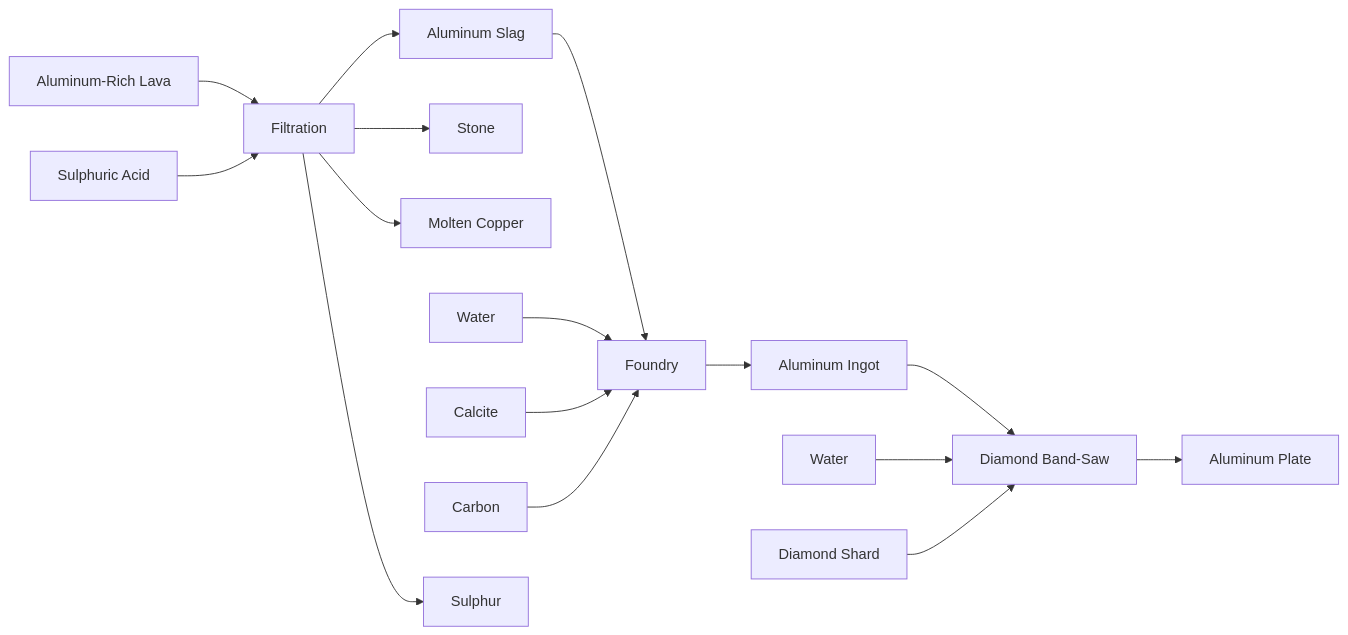
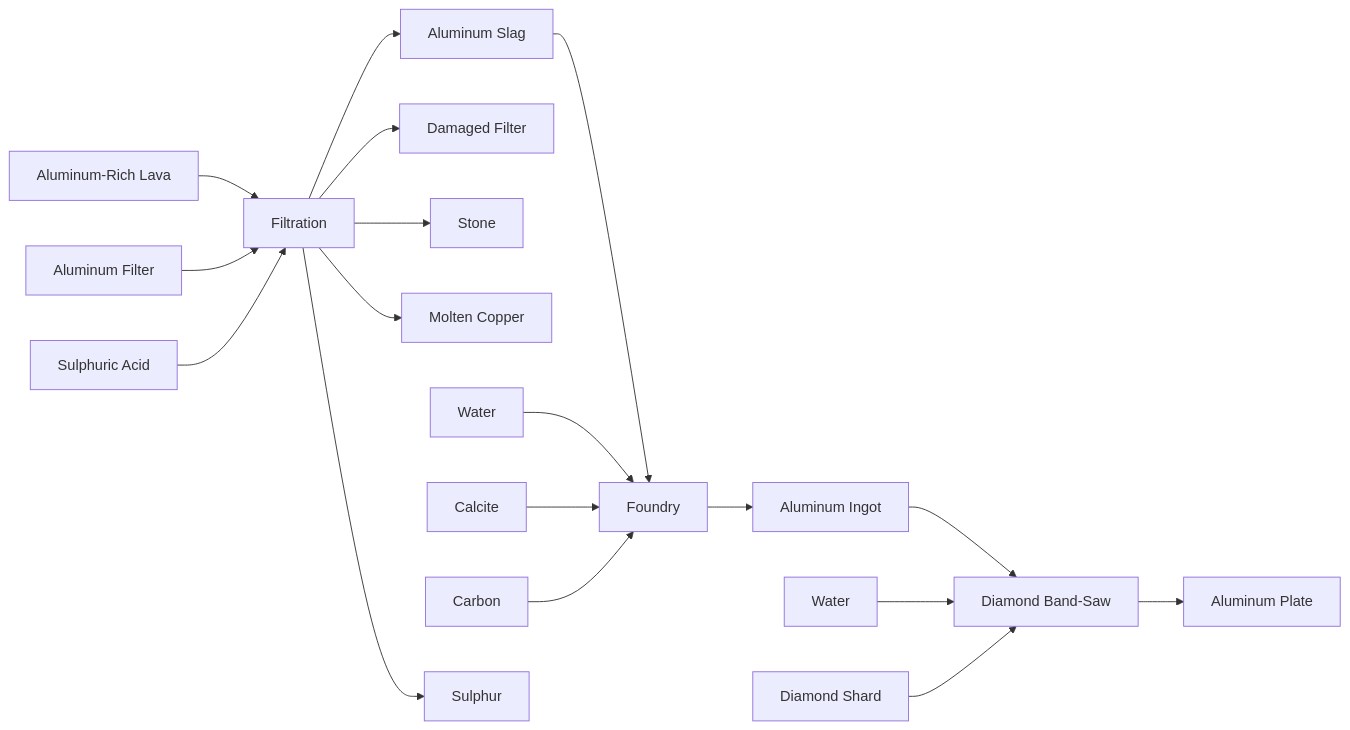
The third of 3 diagrams in subterranio-vulcanus/todo.md (Nicholas-Tuttle/Subterranio), drawn with Mermaid before and after one commit. The commit also changed other lines of this file, not shown here.

````diff
--- a/subterranio-vulcanus/todo.md
+++ b/subterranio-vulcanus/todo.md
@@ -88,31 +100,36 @@
 ```mermaid
     graph LR;
         LA[Aluminum-Rich Lava]
         AS[Aluminum Slag]
         AP[Aluminum Plate]
         AI[Aluminum Ingot]
         DBS[Diamond Band-Saw]
+
+        AF[Aluminum Filter]
+        DF[Damaged Filter]
         
         S1[Stone]
         FI[Filtration]
         MC[Molten Copper]
         FO[Foundry]
         SA[Sulphuric Acid]
         W1[Water]
         C[Calcite]
         CA[Carbon]
         W2[Water]
         DS[Diamond Shard]
         S[Sulphur]
 
         LA-->FI-->AS-->FO-->AI-->DBS-->AP
+        AF-->FI
         FI-->S1
         FI-->MC
         FI-->S
+        FI-->DF
         SA-->FI
         W2-->DBS
         DS-->DBS
         W1-->FO
         C-->FO
         CA-->FO
 ```
````
